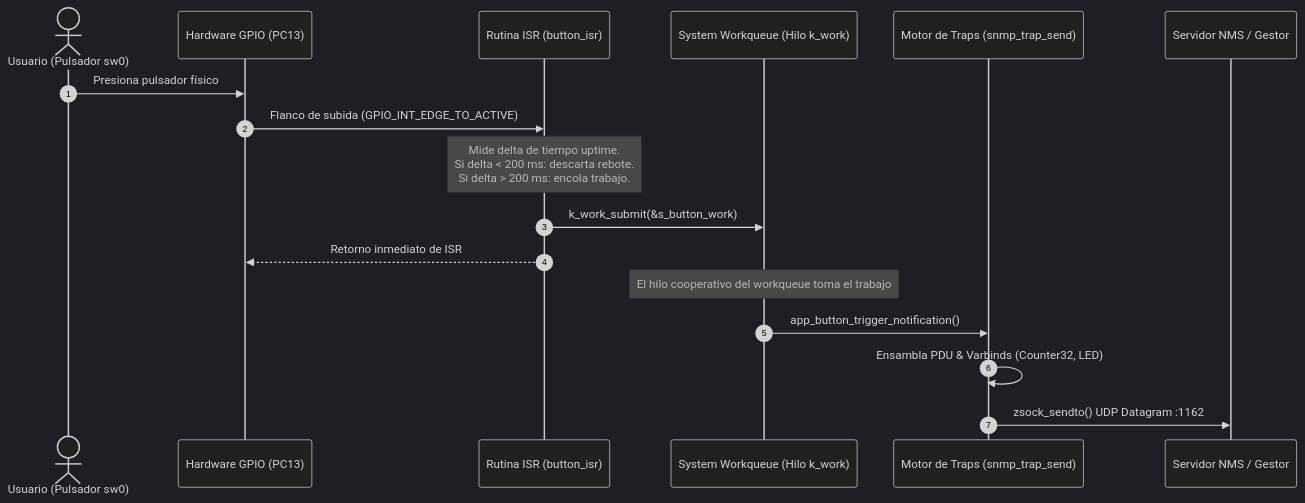
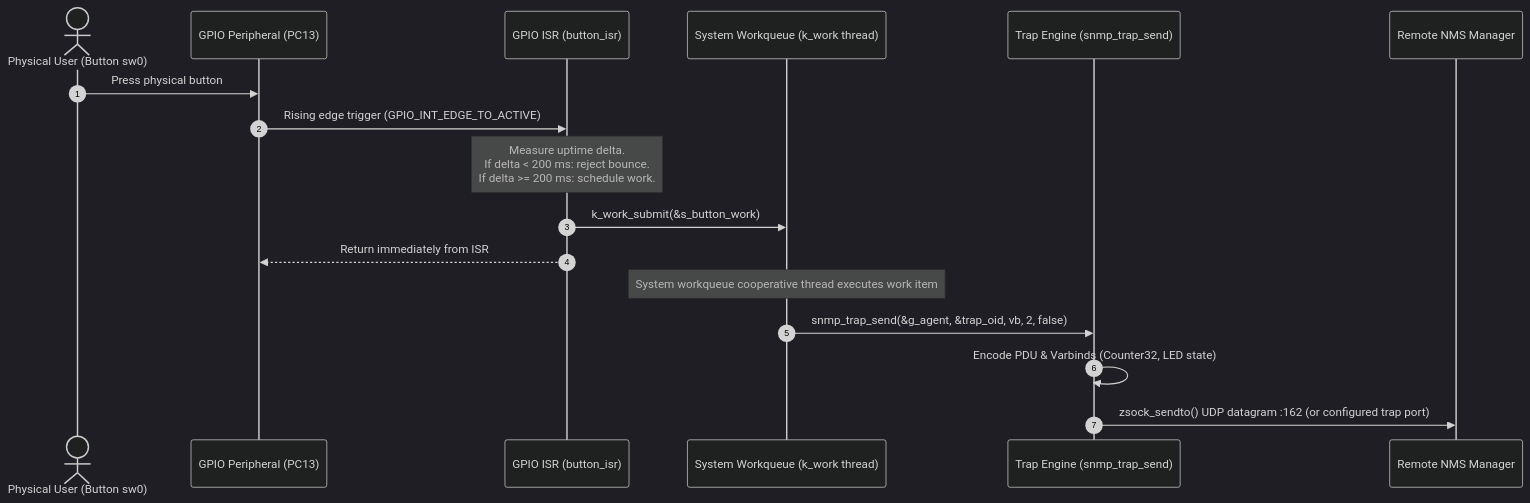
One commit to dowhile98/zephyr-snmp changed the first of 2 diagrams in docs/wiki/Hardware-and-Network-Integration.md. Above: the diagram before and after it, drawn with Mermaid (dark theme). The commit also changed other lines of this file and 6 other files, not shown here.

Commit message:
docs(wiki): translate and realign wiki documentation with current architecture

````diff
--- a/docs/wiki/Hardware-and-Network-Integration.md
+++ b/docs/wiki/Hardware-and-Network-Integration.md
@@ -62,20 +98,20 @@
 ```mermaid
 sequenceDiagram
     autonumber
-    actor User as Usuario (Pulsador sw0)
-    participant HW as Hardware GPIO (PC13)
-    participant ISR as Rutina ISR (button_isr)
-    participant WQ as System Workqueue (Hilo k_work)
-    participant SNMP as Motor de Traps (snmp_trap_send)
-    participant NMS as Servidor NMS / Gestor
+    actor User as Physical User (Button sw0)
+    participant HW as GPIO Peripheral (PC13)
+    participant ISR as GPIO ISR (button_isr)
+    participant WQ as System Workqueue (k_work thread)
+    participant SNMP as Trap Engine (snmp_trap_send)
+    participant NMS as Remote NMS Manager
 
-    User->>HW: Presiona pulsador físico
-    HW->>ISR: Flanco de subida (GPIO_INT_EDGE_TO_ACTIVE)
-    Note over ISR: Mide delta de tiempo uptime.<br/>Si delta < 200 ms: descarta rebote.<br/>Si delta > 200 ms: encola trabajo.
+    User->>HW: Press physical button
+    HW->>ISR: Rising edge trigger (GPIO_INT_EDGE_TO_ACTIVE)
+    Note over ISR: Measure uptime delta.<br/>If delta < 200 ms: reject bounce.<br/>If delta >= 200 ms: schedule work.
     ISR->>WQ: k_work_submit(&s_button_work)
-    ISR-->>HW: Retorno inmediato de ISR
-    Note over WQ: El hilo cooperativo del workqueue toma el trabajo
-    WQ->>SNMP: app_button_trigger_notification()
-    SNMP->>SNMP: Ensambla PDU & Varbinds (Counter32, LED)
-    SNMP->>NMS: zsock_sendto() UDP Datagram :1162
+    ISR-->>HW: Return immediately from ISR
+    Note over WQ: System workqueue cooperative thread executes work item
+    WQ->>SNMP: snmp_trap_send(&g_agent, &trap_oid, vb, 2, false)
+    SNMP->>SNMP: Encode PDU & Varbinds (Counter32, LED state)
+    SNMP->>NMS: zsock_sendto() UDP datagram :162 (or configured trap port)
 ```
````
